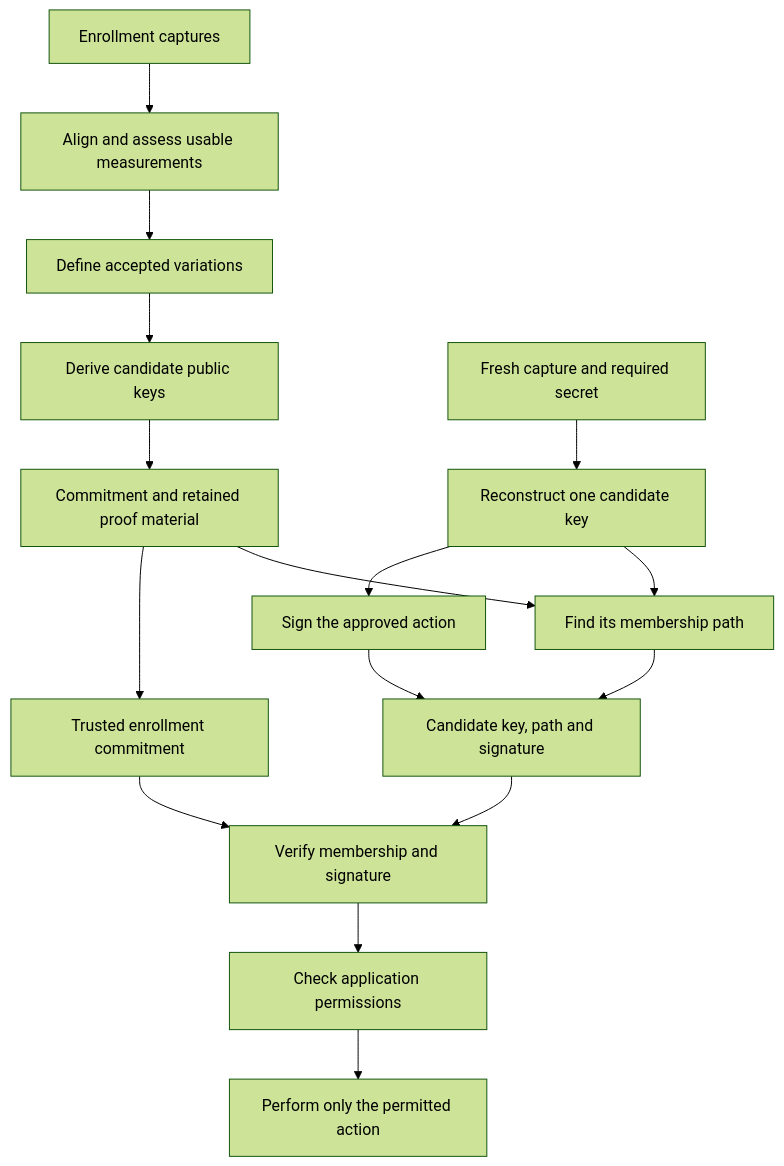
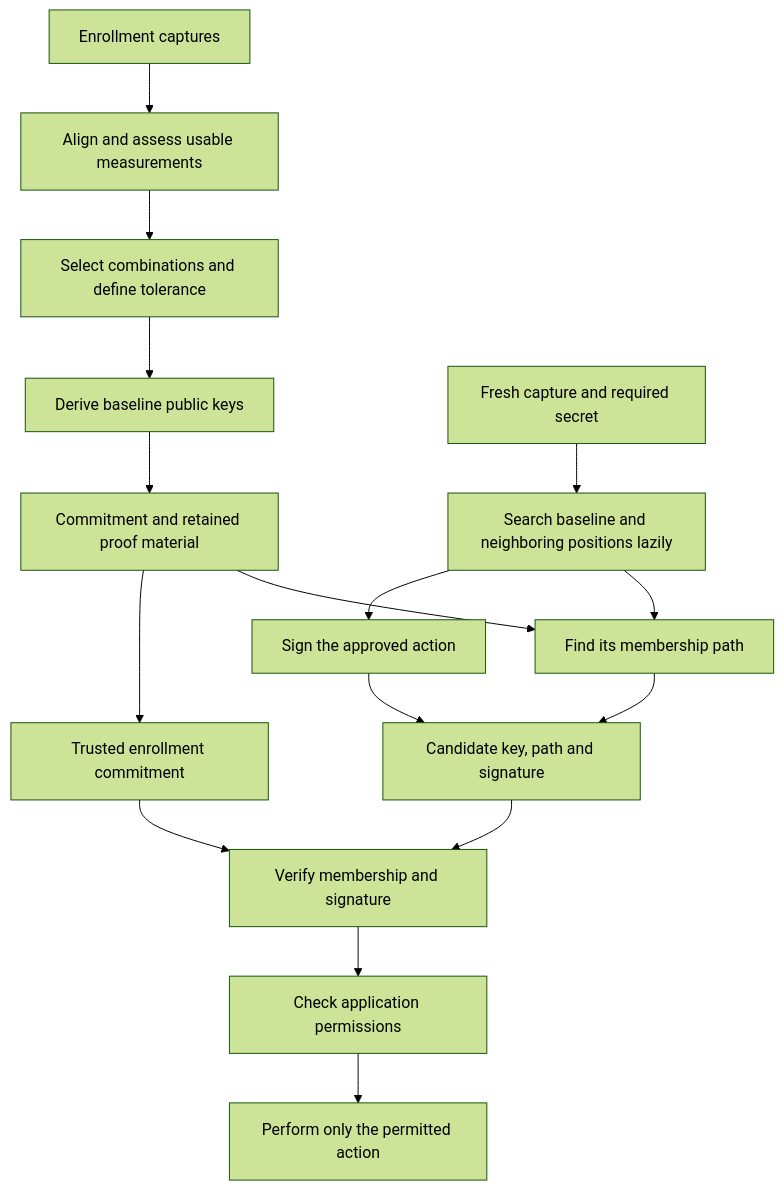
Before and after one commit to binqbit/gnorix: the diagram in docs/how-it-works.md, drawn with Mermaid (forest theme). The commit also changed other lines of this file and 22 other files, not shown here.

First line of the commit message:
Search positional uncertainty lazily during signing

````diff
--- a/docs/how-it-works.md
+++ b/docs/how-it-works.md
@@ -81,18 +81,18 @@
 ```mermaid
 flowchart TD
   A[Enrollment captures] --> B[Align and assess usable measurements]
-  B --> C[Define accepted variations]
-  C --> D[Derive candidate public keys]
+  B --> C[Select combinations and define tolerance]
+  C --> D[Derive baseline public keys]
   D --> E[Commitment and retained proof material]
-  F[Fresh capture and required secret] --> G[Reconstruct one candidate key]
+  F[Fresh capture and required secret] --> G[Search baseline and neighboring positions lazily]
   E --> H[Find its membership path]
   G --> H
   G --> I[Sign the approved action]
   H --> J[Candidate key, path and signature]
   I --> J
   E --> K[Trusted enrollment commitment]
   J --> L[Verify membership and signature]
   K --> L
   L --> M[Check application permissions]
   M --> N[Perform only the permitted action]
 ```
````
